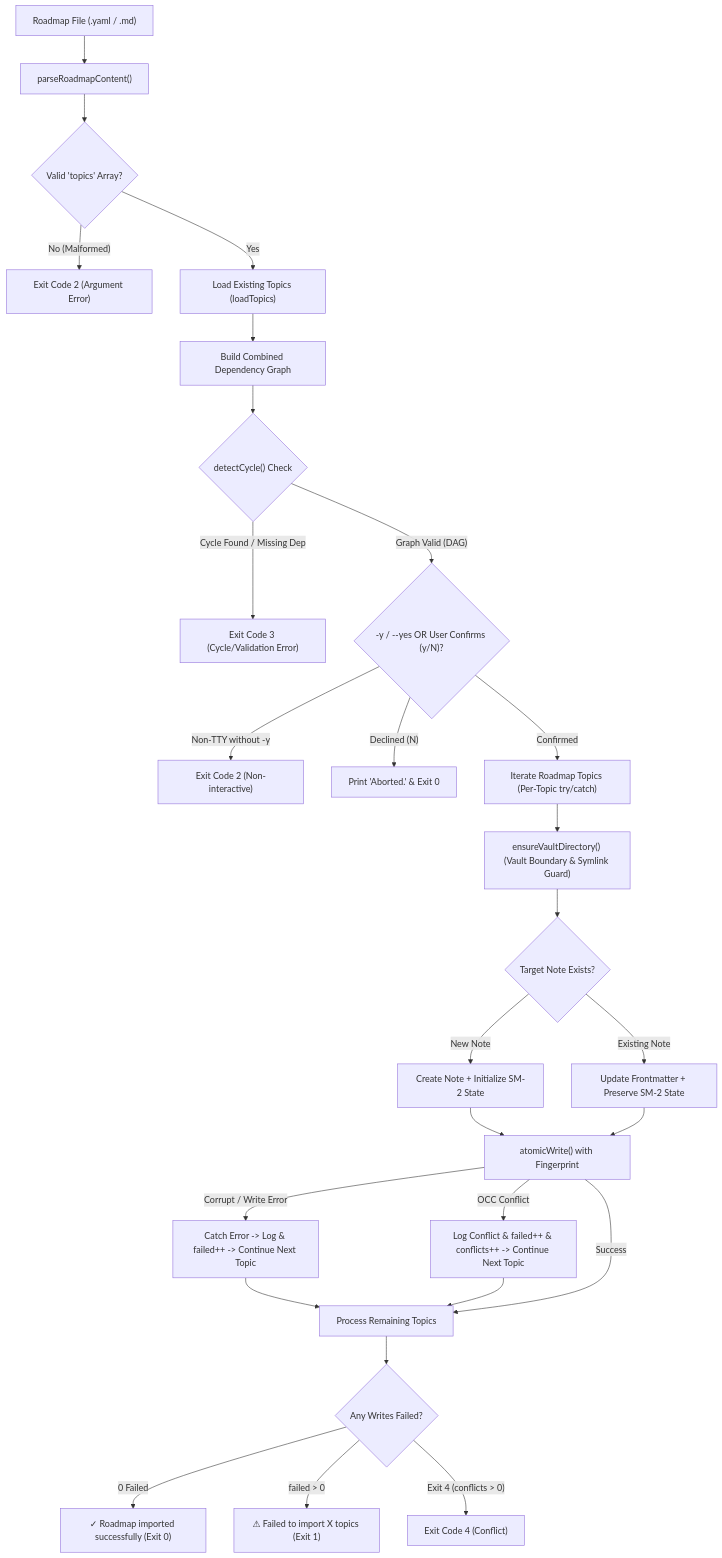
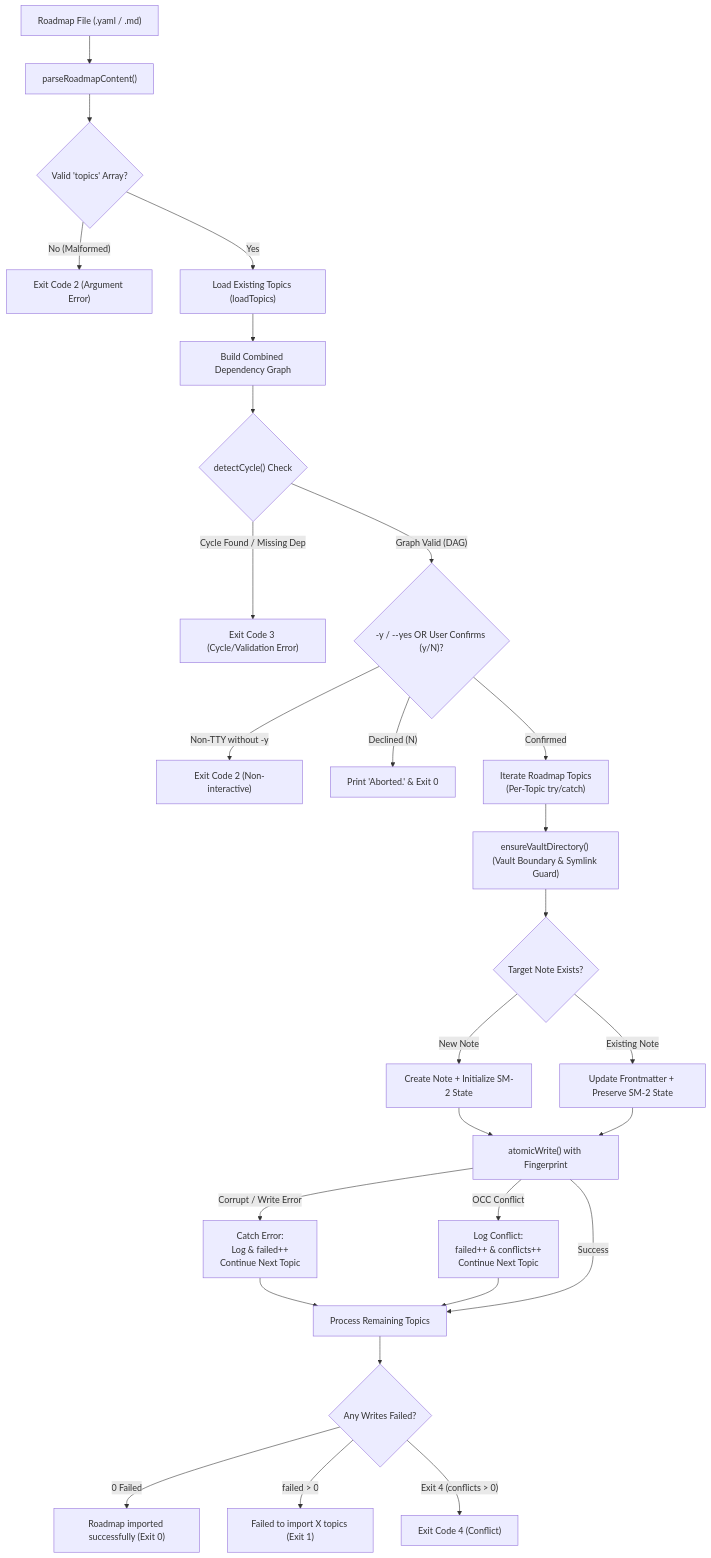
The second of 2 diagrams in docs/02-1-topic-management-commands.md (Kuldeep2822k/cli), drawn with Mermaid before and after one commit. The commit also changed other lines of this file and 22 other files, not shown here.

First line of the commit message:
docs: resolve documentation audit drift, navigation gaps, and diagram layouts (#189)

````diff
--- a/docs/02-1-topic-management-commands.md
+++ b/docs/02-1-topic-management-commands.md
@@ -231,35 +231,35 @@
 ```mermaid
 flowchart TD
     RoadmapFile["Roadmap File (.yaml / .md)"] --> Parser["parseRoadmapContent()"]
     Parser --> ValidStruct{"Valid 'topics' Array?"}
     
     ValidStruct -->|"No (Malformed)"| ErrStruct["Exit Code 2 (Argument Error)"]
     ValidStruct -->|"Yes"| LoadExisting["Load Existing Topics (loadTopics)"]
     
     LoadExisting --> GraphBuild["Build Combined Dependency Graph"]
     GraphBuild --> CycleCheck{"detectCycle() Check"}
     
     CycleCheck -->|"Cycle Found / Missing Dep"| ErrCycle["Exit Code 3 (Cycle/Validation Error)"]
     CycleCheck -->|"Graph Valid (DAG)"| PromptCheck{"-y / --yes OR User Confirms (y/N)?"}
     
     PromptCheck -->|"Non-TTY without -y"| ErrTTY["Exit Code 2 (Non-interactive)"]
     PromptCheck -->|"Declined (N)"| Abort["Print 'Aborted.' & Exit 0"]
-    PromptCheck -->|"Confirmed"| ImportLoop["Iterate Roadmap Topics (Per-Topic try/catch)"]
+    PromptCheck -->|"Confirmed"| ImportLoop["Iterate Roadmap Topics<br/>(Per-Topic try/catch)"]
     
     ImportLoop --> DirCheck["ensureVaultDirectory() (Vault Boundary & Symlink Guard)"]
     DirCheck --> PathCheck{"Target Note Exists?"}
     PathCheck -->|"New Note"| CreateNote["Create Note + Initialize SM-2 State"]
     PathCheck -->|"Existing Note"| UpdateNote["Update Frontmatter + Preserve SM-2 State"]
     
     CreateNote & UpdateNote --> AtomicOp["atomicWrite() with Fingerprint"]
-    AtomicOp -->|"Corrupt / Write Error"| CatchErr["Catch Error -> Log & failed++ -> Continue Next Topic"]
-    AtomicOp -->|"OCC Conflict"| CatchOCC["Log Conflict & failed++ & conflicts++ -> Continue Next Topic"]
+    AtomicOp -->|"Corrupt / Write Error"| CatchErr["Catch Error:<br/>Log & failed++<br/>Continue Next Topic"]
+    AtomicOp -->|"OCC Conflict"| CatchOCC["Log Conflict:<br/>failed++ & conflicts++<br/>Continue Next Topic"]
     CatchErr --> NextTopic["Process Remaining Topics"]
     CatchOCC --> NextTopic
     AtomicOp -->|"Success"| NextTopic
     NextTopic --> FinalResult{"Any Writes Failed?"}
     
-    FinalResult -->|"0 Failed"| Success["✓ Roadmap imported successfully (Exit 0)"]
-    FinalResult -->|"failed > 0"| PartialFail["⚠ Failed to import X topics (Exit 1)"]
+    FinalResult -->|"0 Failed"| Success["Roadmap imported successfully (Exit 0)"]
+    FinalResult -->|"failed > 0"| PartialFail["Failed to import X topics (Exit 1)"]
     FinalResult -->|"Exit 4 (conflicts > 0)"| ConflictExit["Exit Code 4 (Conflict)"]
 ```
````
